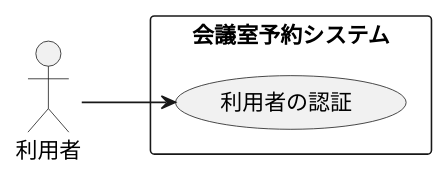
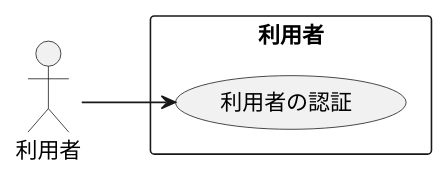
One commit to k2works/case-study-mrs changed diagram 18 of 19 in docs/index.adoc. Above: the diagram before and after it, drawn with PlantUML. The commit also changed other lines of this file, not shown here.

```diff
--- a/docs/index.adoc
+++ b/docs/index.adoc
@@ -564,11 +586,11 @@
 [plantuml]
 ----
 @startuml
 left to right direction
 actor "利用者" as user
-rectangle 会議室予約システム {
+rectangle 利用者 {
   usecase "利用者の認証" as UC1
 }
 user --> UC1
 @enduml
 ----
```
